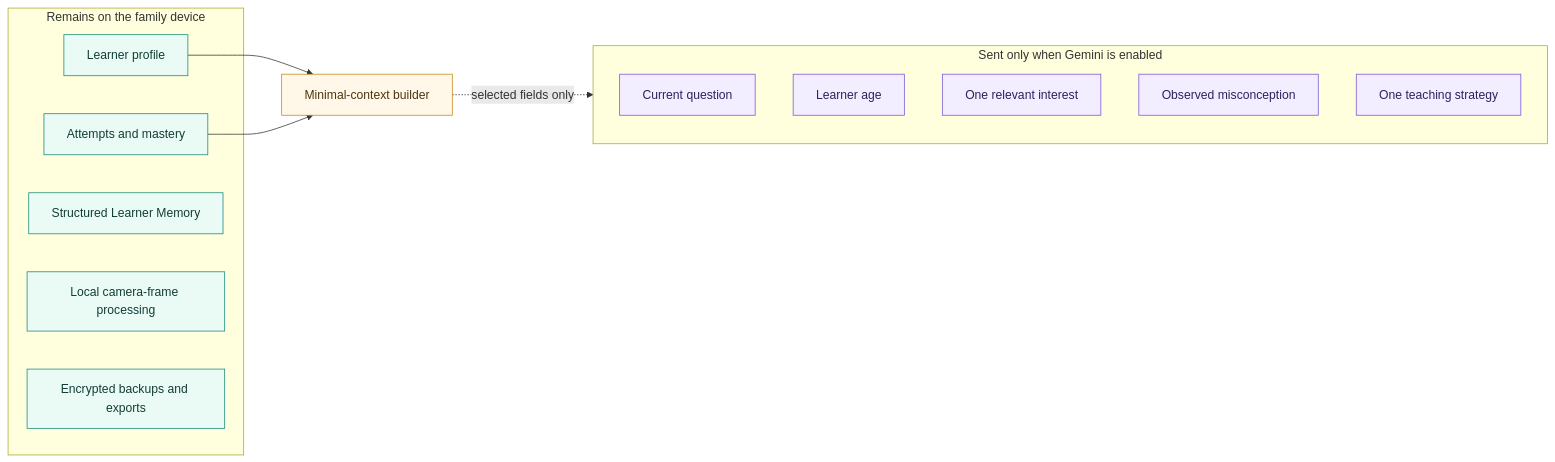
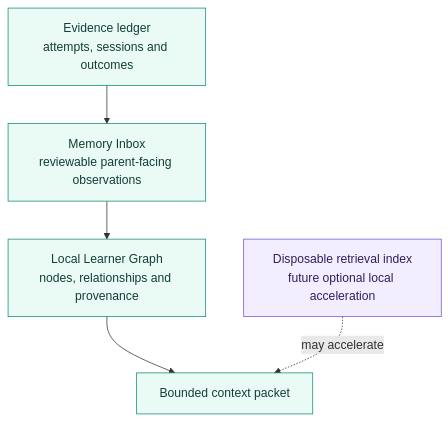
One commit to inbharatai/mindcarry changed the second of 4 diagrams in README.md. Above: the diagram before and after it, drawn with Mermaid. The commit also changed other lines of this file and 17 other files, not shown here.

First line of the commit message:
feat: add local Learner Memory Inbox and graph

````diff
--- a/README.md
+++ b/README.md
@@ -314,32 +103,18 @@
 ```mermaid
-flowchart LR
-    subgraph LOCAL[Remains on the family device]
-        PROFILE[Learner profile]
-        PROGRESS[Attempts and mastery]
-        MEMORY[Structured Learner Memory]
-        MEDIA[Local camera-frame processing]
-        PACKAGE[Encrypted backups and exports]
-    end
+flowchart TB
+    LEDGER[Evidence ledger<br/>attempts, sessions and outcomes]
+    INBOX[Memory Inbox<br/>reviewable parent-facing observations]
+    GRAPH[Local Learner Graph<br/>nodes, relationships and provenance]
+    INDEX[Disposable retrieval index<br/>future optional local acceleration]
+    PACKET[Bounded context packet]
 
-    GATE[Minimal-context builder]
+    LEDGER --> INBOX
+    INBOX --> GRAPH
+    GRAPH --> PACKET
+    INDEX -. may accelerate .-> PACKET
 
-    subgraph PROVIDER[Sent only when Gemini is enabled]
-        QUESTION[Current question]
-        AGE[Learner age]
-        INTEREST[One relevant interest]
-        ERROR[Observed misconception]
-        STRATEGY[One teaching strategy]
-    end
-
-    PROFILE --> GATE
-    PROGRESS --> GATE
-    GATE -. selected fields only .-> PROVIDER
-
-    classDef local fill:#EAFBF6,stroke:#138A78,color:#123D36;
-    classDef gate fill:#FFF8E8,stroke:#C48716,color:#4D3510;
-    classDef provider fill:#F3EEFF,stroke:#7655D8,color:#30205C;
-
-    class PROFILE,PROGRESS,MEMORY,MEDIA,PACKAGE local;
-    class GATE gate;
-    class QUESTION,AGE,INTEREST,ERROR,STRATEGY provider;
+    classDef canonical fill:#EAFBF6,stroke:#138A78,color:#123D36;
+    classDef optional fill:#F3EEFF,stroke:#7655D8,color:#30205C;
+    class LEDGER,INBOX,GRAPH,PACKET canonical;
+    class INDEX optional;
 ```
````
